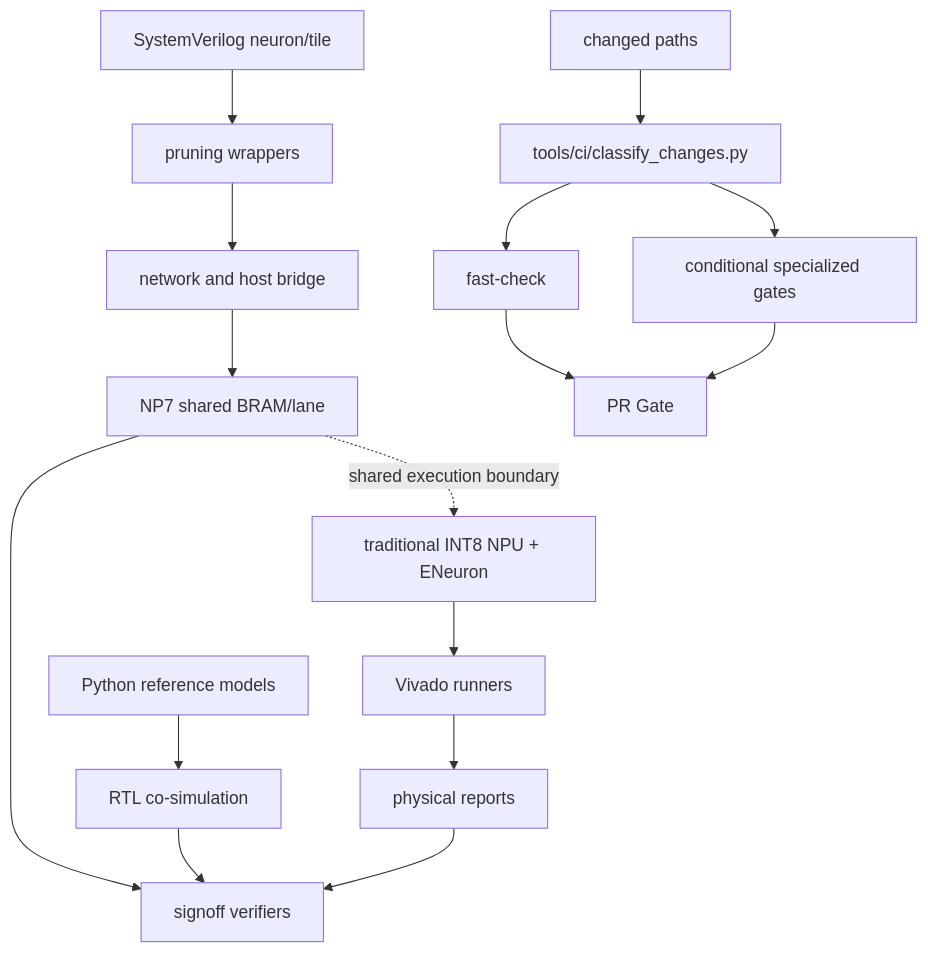
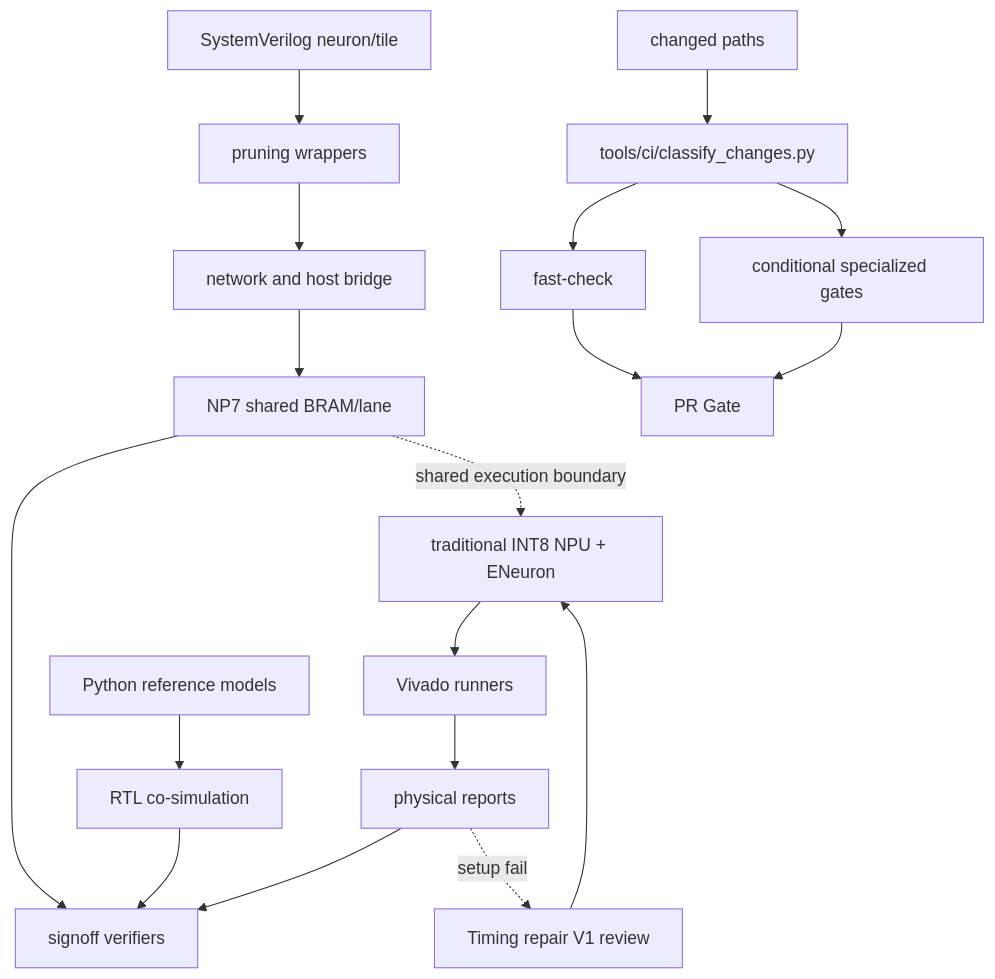
The diagram in .nexus-map/arch/dependencies.md (Epslion404/ENeuron), drawn with Mermaid before and after one commit. The commit also changed other lines of this file and 12 other files, not shown here.

Commit message:
docs: plan NPU timing repair V1

````diff
--- a/.nexus-map/arch/dependencies.md
+++ b/.nexus-map/arch/dependencies.md
@@ -7,18 +7,20 @@
 ```mermaid
 graph TD
   ref[Python reference models] --> cosim[RTL co-simulation]
   rtl[SystemVerilog neuron/tile] --> wrap[pruning wrappers]
   wrap --> net[network and host bridge]
   net --> np7[NP7 shared BRAM/lane]
   np7 --> verify[signoff verifiers]
   cosim --> verify[signoff verifiers]
   vivado[Vivado runners] --> reports[physical reports]
   reports --> verify
+  reports -. setup fail .-> timing[Timing repair V1 review]
+  timing --> npu
   np7 -. shared execution boundary .-> npu[traditional INT8 NPU + ENeuron]
   npu --> vivado
   changes[changed paths] --> classify[tools/ci/classify_changes.py]
   classify --> fast[fast-check]
   classify --> specialized[conditional specialized gates]
   fast --> gate[PR Gate]
   specialized --> gate
 ```
````
